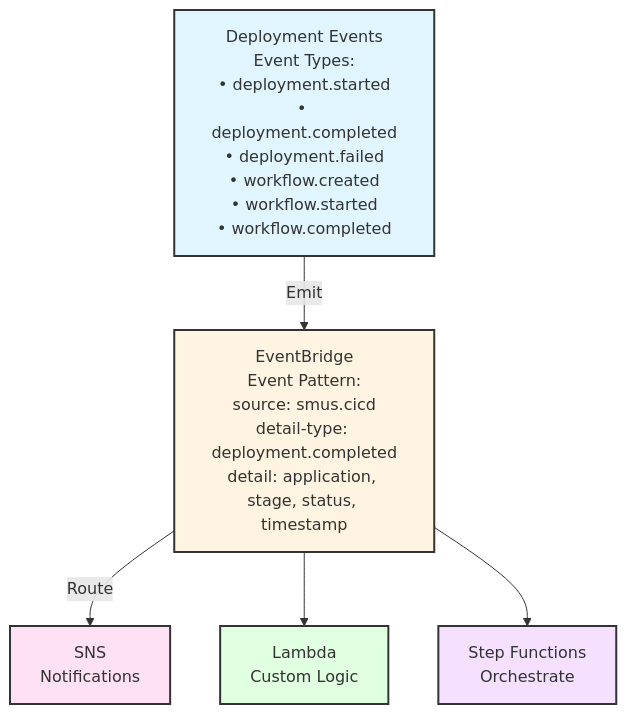
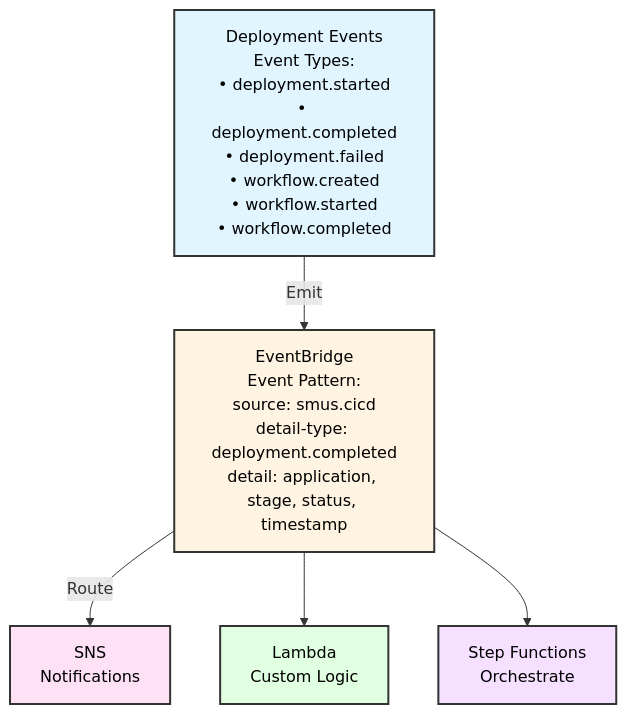
Before and after one commit to vasu2856/CICD-for-SageMakerUnifiedStudio-public: the tenth of 11 diagrams in docs/architecture.md, drawn with Mermaid. The commit also changed other lines of this file and 24 other files, not shown here.

````diff
--- a/docs/architecture.md
+++ b/docs/architecture.md
@@ -913,14 +925,14 @@
 ```mermaid
 graph TD
     EVENTS[Deployment Events<br/>Event Types:<br/>• deployment.started<br/>• deployment.completed<br/>• deployment.failed<br/>• workflow.created<br/>• workflow.started<br/>• workflow.completed]
     EVENTS -->|Emit| EB[EventBridge<br/>Event Pattern:<br/>source: smus.cicd<br/>detail-type: deployment.completed<br/>detail: application, stage, status, timestamp]
     EB -->|Route| SNS[SNS<br/>Notifications]
     EB --> LAMBDA[Lambda<br/>Custom Logic]
     EB --> STEP[Step Functions<br/>Orchestrate]
     
-    style EVENTS fill:#e1f5ff,stroke:#333,stroke-width:2px
-    style EB fill:#fff4e1,stroke:#333,stroke-width:2px
-    style SNS fill:#ffe1f5,stroke:#333,stroke-width:2px
-    style LAMBDA fill:#e1ffe1,stroke:#333,stroke-width:2px
-    style STEP fill:#f5e1ff,stroke:#333,stroke-width:2px
+    style EVENTS fill:#e1f5ff,stroke:#333,stroke-width:2px,color:#000,font-weight:normal
+    style EB fill:#fff4e1,stroke:#333,stroke-width:2px,color:#000,font-weight:normal
+    style SNS fill:#ffe1f5,stroke:#333,stroke-width:2px,color:#000,font-weight:normal
+    style LAMBDA fill:#e1ffe1,stroke:#333,stroke-width:2px,color:#000,font-weight:normal
+    style STEP fill:#f5e1ff,stroke:#333,stroke-width:2px,color:#000,font-weight:normal
 ```
````
